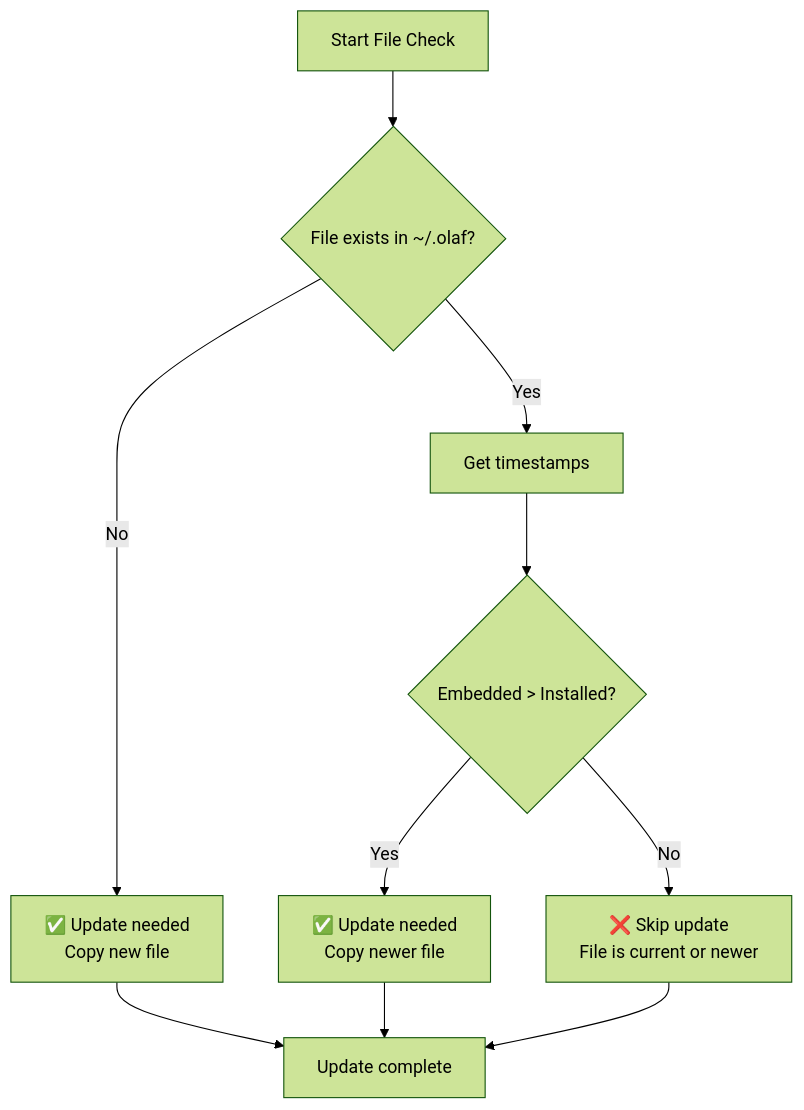
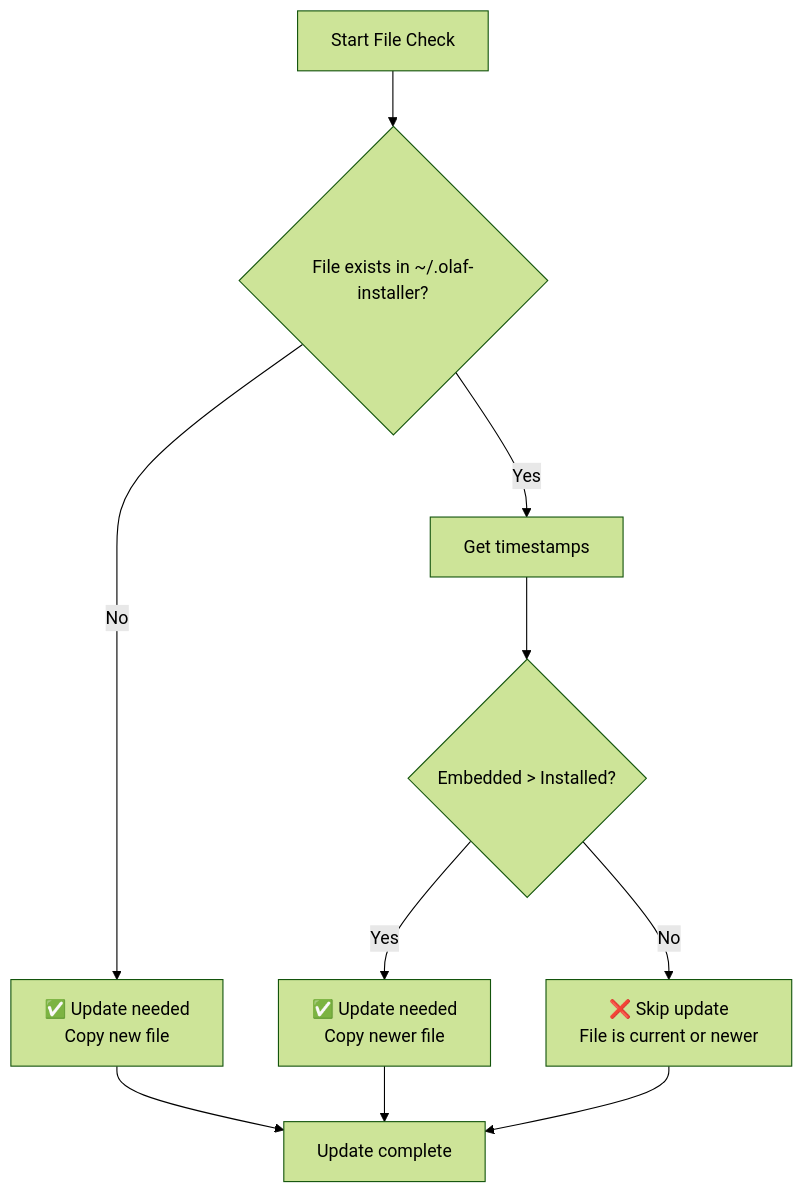
Before and after one commit to haal-ai/haal-ide: the diagram in .olaf/tools/olaf/create-go-installer-guide.md, drawn with Mermaid (forest theme). The commit also changed other lines of this file and 1 other file, not shown here.

First line of the commit message:
refactor: rename installer from olaf-installer to olaf in Kanban and guide

````diff
--- a/.olaf/tools/olaf/create-go-installer-guide.md
+++ b/.olaf/tools/olaf/create-go-installer-guide.md
@@ -2236,12 +2236,12 @@
 ```mermaid
 flowchart TD
-    A[Start File Check] --> B{File exists in ~/.olaf?}
+    A[Start File Check] --> B{File exists in ~/.olaf-installer?}
     B -->|No| C[✅ Update needed<br/>Copy new file]
     B -->|Yes| D[Get timestamps]
     D --> E{Embedded > Installed?}
     E -->|Yes| F[✅ Update needed<br/>Copy newer file]
     E -->|No| G[❌ Skip update<br/>File is current or newer]
     C --> H[Update complete]
     F --> H
     G --> H
 ```
````
